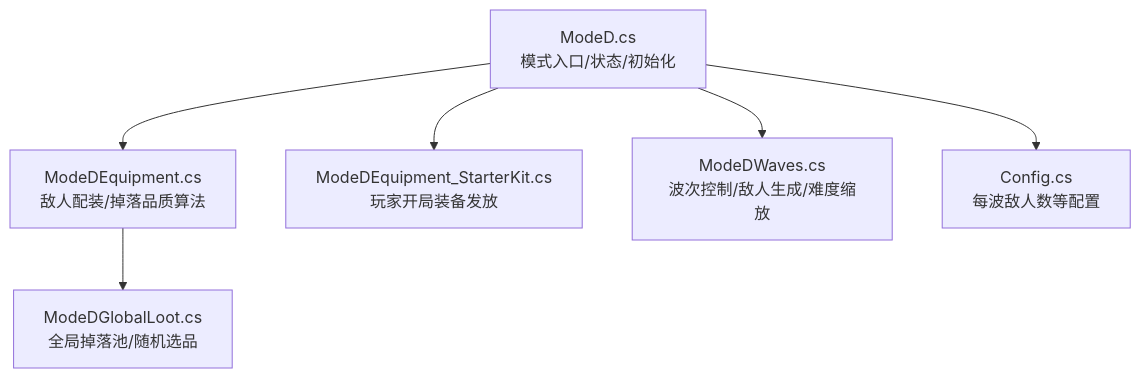
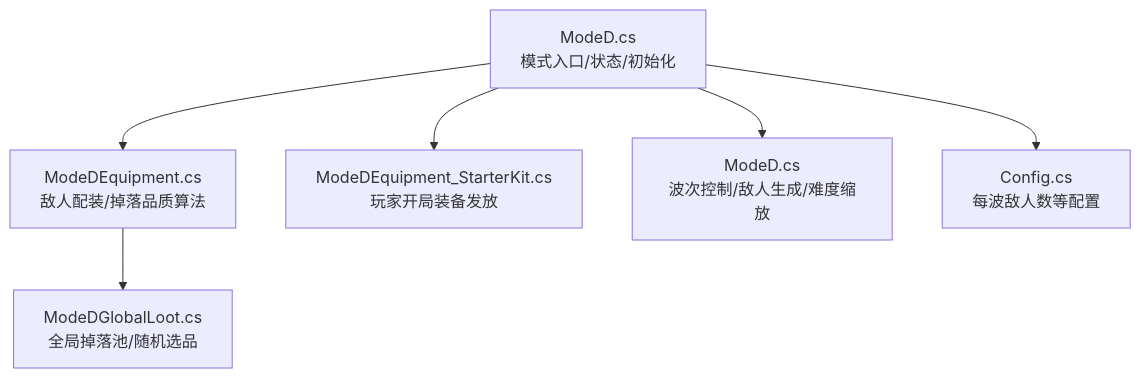
Before and after one commit to GASEN1216/BossRushMod: the first of 8 diagrams in .qoder/repowiki/zh/content/项目概览/核心功能特性/游戏模式系统/Mode D：白手起家.md, drawn with Mermaid. The commit also changed other lines of this file and 124 other files, not shown here.

````diff
--- a/.qoder/repowiki/zh/content/项目概览/核心功能特性/游戏模式系统/Mode D：白手起家.md
+++ b/.qoder/repowiki/zh/content/项目概览/核心功能特性/游戏模式系统/Mode D：白手起家.md
@@ -36,8 +36,8 @@
 ```mermaid
 graph TB
 A["ModeD.cs<br/>模式入口/状态/初始化"] --> B["ModeDEquipment.cs<br/>敌人配装/掉落品质算法"]
 A --> C["ModeDEquipment_StarterKit.cs<br/>玩家开局装备发放"]
-A --> D["ModeDWaves.cs<br/>波次控制/敌人生成/难度缩放"]
+A --> D["ModeD.cs<br/>波次控制/敌人生成/难度缩放"]
 B --> E["ModeDGlobalLoot.cs<br/>全局掉落池/随机选品"]
 A --> F["Config.cs<br/>每波敌人数等配置"]
 ```
````
